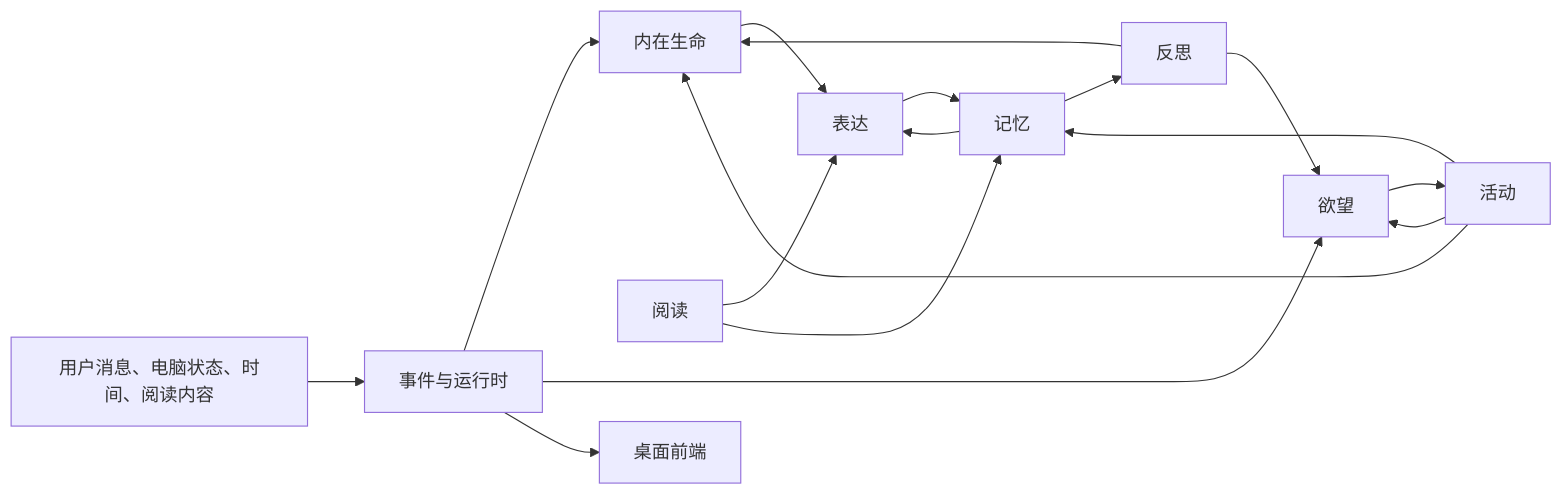
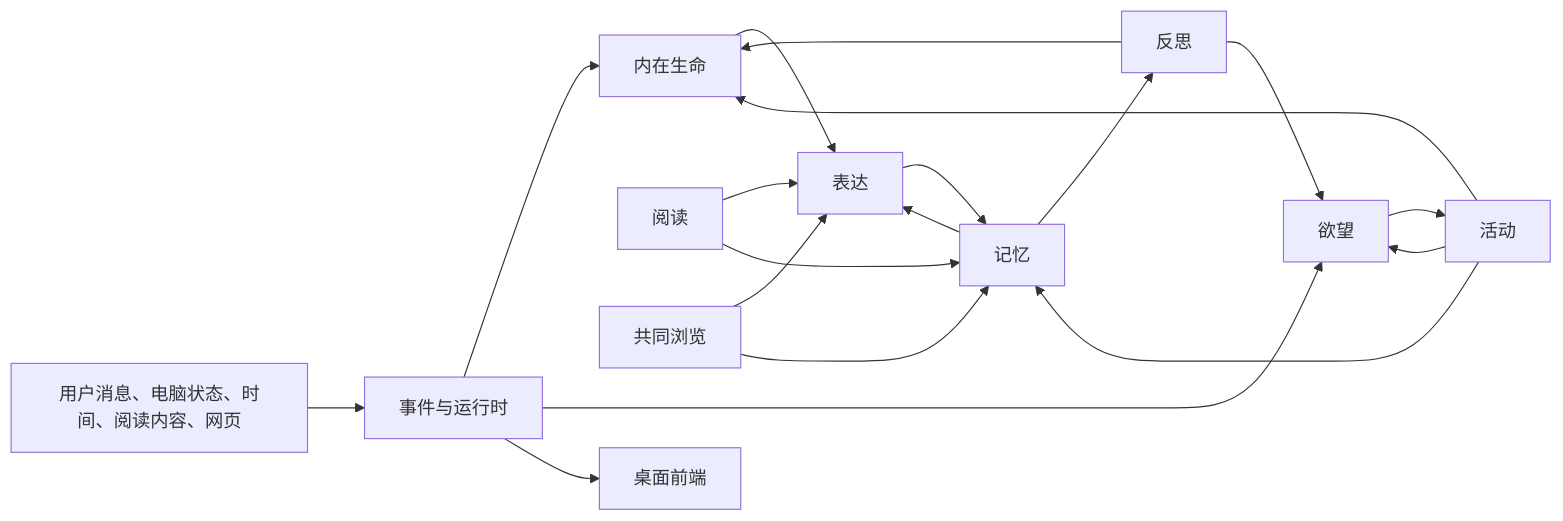
The first of 11 diagrams in docs/design/design.md (NyxScheppen/nyx-desktop-agent), drawn with Mermaid before and after one commit. The commit also changed other lines of this file and 13 other files, not shown here.

Commit message:
fix: harden memory persistence and reconcile browsing docs

````diff
--- a/docs/design/design.md
+++ b/docs/design/design.md
@@ -41,19 +42,21 @@
 ```mermaid
 flowchart LR
-    World[用户消息、电脑状态、时间、阅读内容] --> Bus[事件与运行时]
+    World[用户消息、电脑状态、时间、阅读内容、网页] --> Bus[事件与运行时]
     Bus --> Inner[内在生命]
     Bus --> Desire[欲望]
     Desire --> Activity[活动]
     Inner --> Expression[表达]
     Memory[记忆] --> Expression
     Activity --> Memory
     Expression --> Memory
     Reading[阅读] --> Expression
     Reading --> Memory
+    Browsing[共同浏览] --> Expression
+    Browsing --> Memory
     Activity --> Inner
     Activity --> Desire
     Memory --> Reflection[反思]
     Reflection --> Inner
     Reflection --> Desire
     Bus --> UI[桌面前端]
 ```
````
